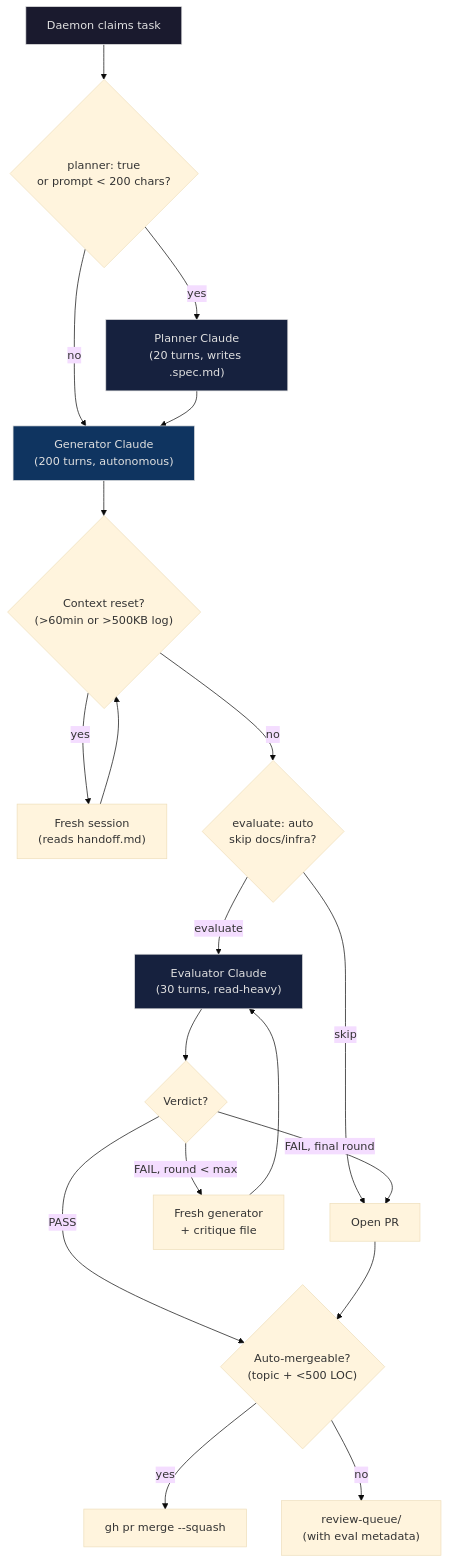
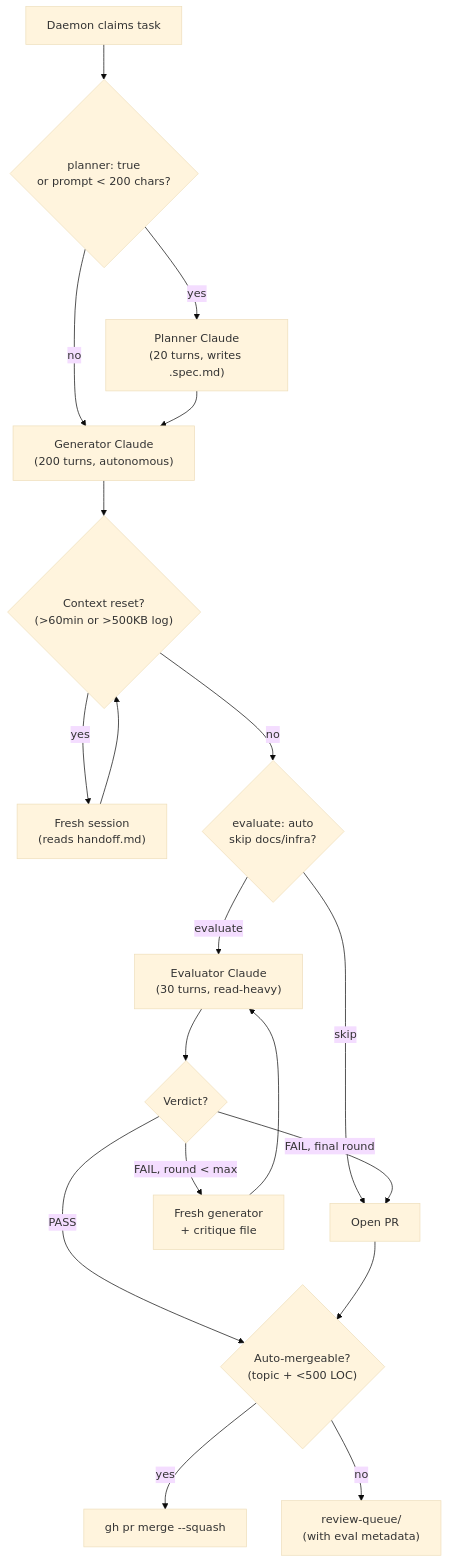
Before and after one commit to doyun-gu/claude-handler: the fifth of 9 diagrams in docs/ARCHITECTURE.md, drawn with Mermaid (base theme). The commit also changed other lines of this file, not shown here.

First line of the commit message:
Remove custom dark colors from mermaid diagrams

````diff
--- a/docs/ARCHITECTURE.md
+++ b/docs/ARCHITECTURE.md
@@ -215,26 +205,22 @@
 ```mermaid
 flowchart TB
     Claim["Daemon claims task"] --> PlanCheck{"planner: true\nor prompt < 200 chars?"}
     PlanCheck -->|yes| Planner["Planner Claude\n(20 turns, writes .spec.md)"]
     PlanCheck -->|no| Generator
     Planner --> Generator["Generator Claude\n(200 turns, autonomous)"]
     Generator --> Reset{"Context reset?\n(>60min or >500KB log)"}
     Reset -->|yes| Continue["Fresh session\n(reads handoff.md)"]
     Continue --> Reset
     Reset -->|no| EvalCheck{"evaluate: auto\nskip docs/infra?"}
     EvalCheck -->|skip| PR["Open PR"]
     EvalCheck -->|evaluate| Evaluator["Evaluator Claude\n(30 turns, read-heavy)"]
     Evaluator --> Verdict{"Verdict?"}
     Verdict -->|"PASS"| MergeCheck
     Verdict -->|"FAIL, round < max"| Retry["Fresh generator\n+ critique file"]
     Retry --> Evaluator
     Verdict -->|"FAIL, final round"| PR
     PR --> MergeCheck{"Auto-mergeable?\n(topic + <500 LOC)"}
     MergeCheck -->|yes| AutoMerge["gh pr merge --squash"]
     MergeCheck -->|no| ReviewQueue["review-queue/\n(with eval metadata)"]
 
-    style Claim fill:#1a1a2e,stroke:#e0e0e0,color:#e0e0e0
-    style Generator fill:#0f3460,stroke:#e0e0e0,color:#e0e0e0
-    style Evaluator fill:#16213e,stroke:#e0e0e0,color:#e0e0e0
-    style Planner fill:#16213e,stroke:#e0e0e0,color:#e0e0e0
 ```
````
